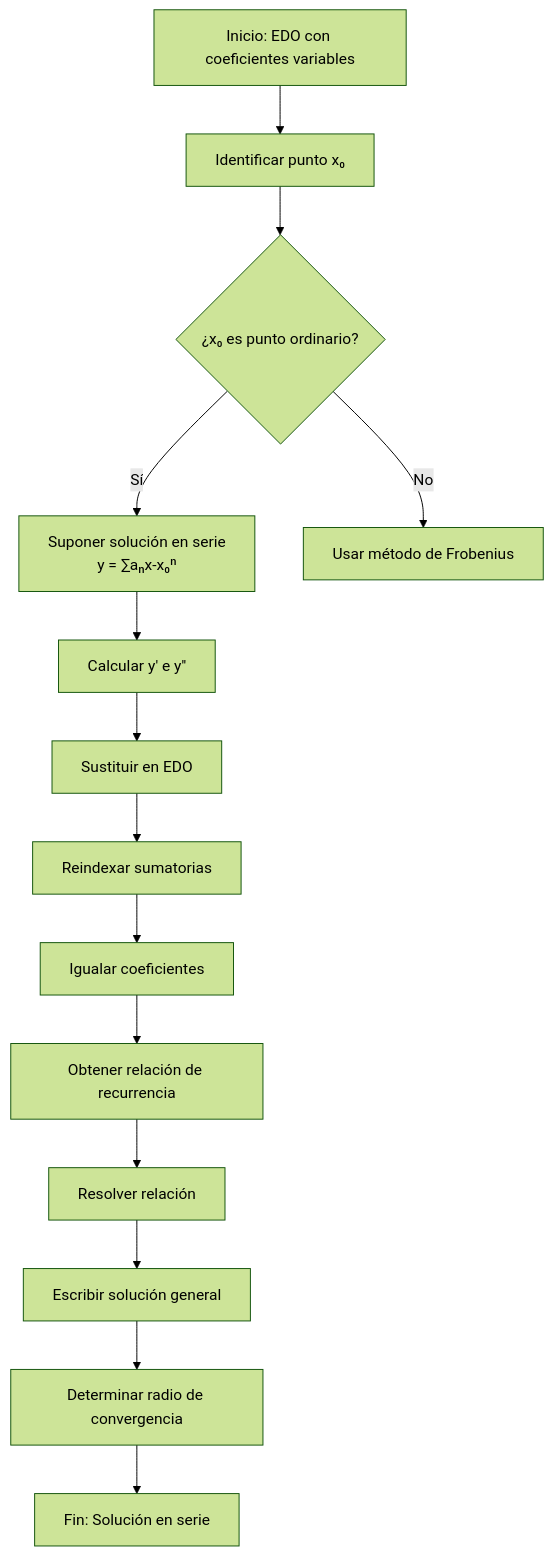
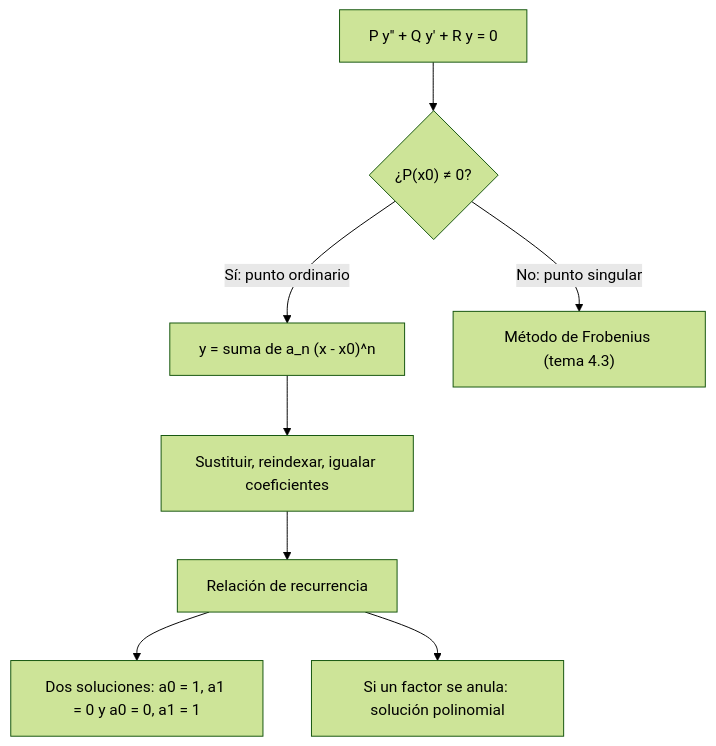
The diagram in public/documents/semester-4/3/4341.md (djaimej/computer-science-template), drawn with Mermaid (forest theme) before and after one commit. The commit also changed other lines of this file and 3 other files, not shown here.

````diff
--- a/public/documents/semester-4/3/4341.md
+++ b/public/documents/semester-4/3/4341.md
@@ -110,17 +68,10 @@
 ```mermaid
 flowchart TD
-    A[Inicio: EDO con coeficientes variables] --> B[Identificar punto x₀]
-    B --> C{¿x₀ es punto ordinario?}
-    C -->|Sí| D[Suponer solución en serie<br>y = ∑aₙx-x₀ⁿ]
-    C -->|No| E[Usar método de Frobenius]
-
-    D --> F[Calcular y' e y'']
-    F --> G[Sustituir en EDO]
-    G --> H[Reindexar sumatorias]
-    H --> I[Igualar coeficientes]
-    I --> J[Obtener relación de recurrencia]
-    J --> K[Resolver relación]
-    K --> L[Escribir solución general]
-    L --> M[Determinar radio de convergencia]
-    M --> N[Fin: Solución en serie]
+    A["P y'' + Q y' + R y = 0"] --> B{"¿P(x0) ≠ 0?"}
+    B -->|"Sí: punto ordinario"| C["y = suma de a_n (x - x0)^n"]
+    B -->|"No: punto singular"| D["Método de Frobenius (tema 4.3)"]
+    C --> E["Sustituir, reindexar, igualar coeficientes"]
+    E --> F["Relación de recurrencia"]
+    F --> G["Dos soluciones: a0 = 1, a1 = 0 y a0 = 0, a1 = 1"]
+    F --> H["Si un factor se anula: solución polinomial"]
 ```
````
